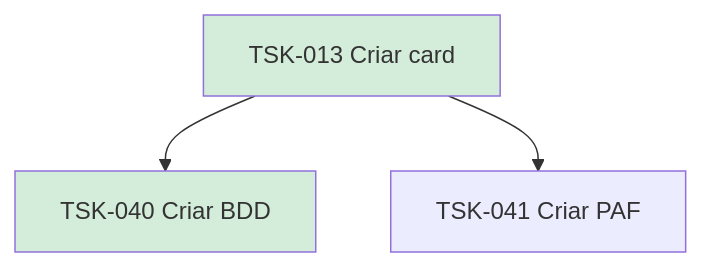
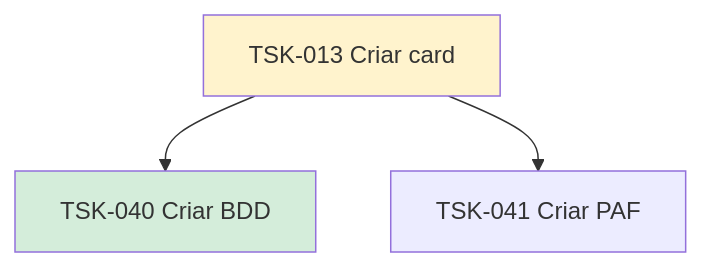
Before and after one commit to laerciogermano/workstation: the diagram in flow/tasks/TSK-001-criar-epico/TSK-002-criar-as-historias/TSK-004-board/TSK-013-criar-card/README.md, drawn with Mermaid. The commit also changed other lines of this file and 53 other files, not shown here.

````diff
--- a/flow/tasks/TSK-001-criar-epico/TSK-002-criar-as-historias/TSK-004-board/TSK-013-criar-card/README.md
+++ b/flow/tasks/TSK-001-criar-epico/TSK-002-criar-as-historias/TSK-004-board/TSK-013-criar-card/README.md
@@ -12,10 +12,10 @@
 ```mermaid
 flowchart TD
   T013[TSK-013 Criar card]
   T040[TSK-040 Criar BDD]
   T041[TSK-041 Criar PAF]
   T013 --> T040
   T013 --> T041
-  style T013 fill:#d4edda
+  style T013 fill:#fff3cd
   style T040 fill:#d4edda
 ```
````
